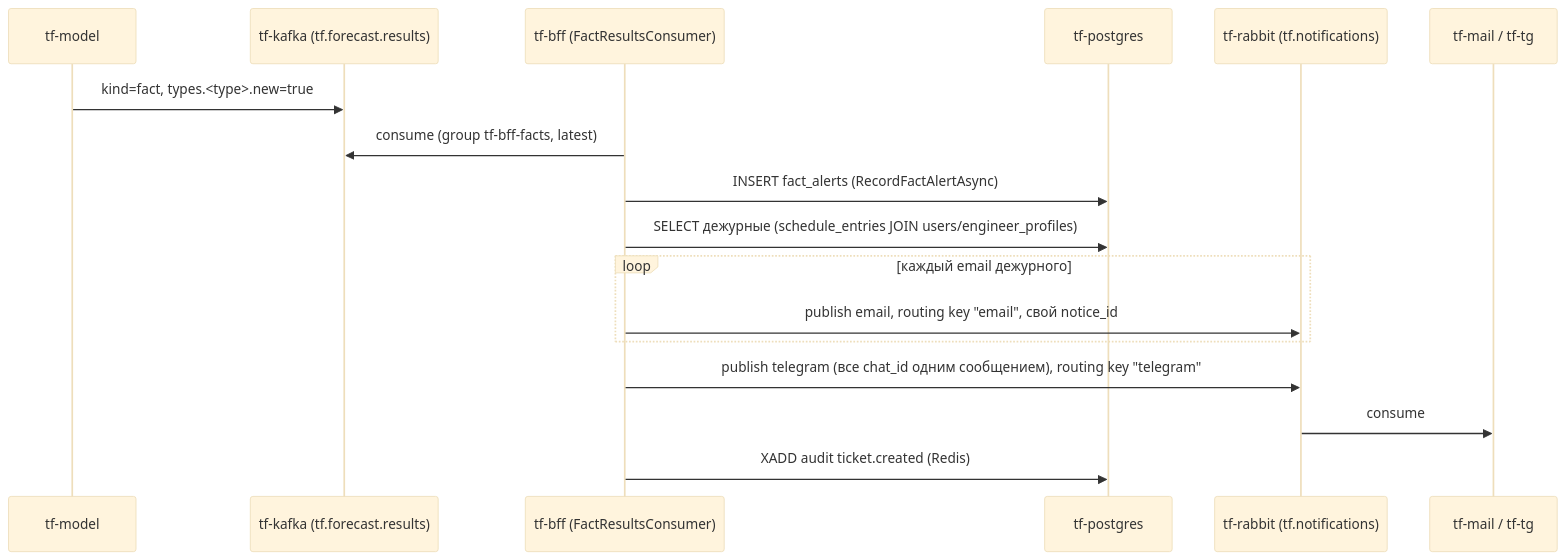
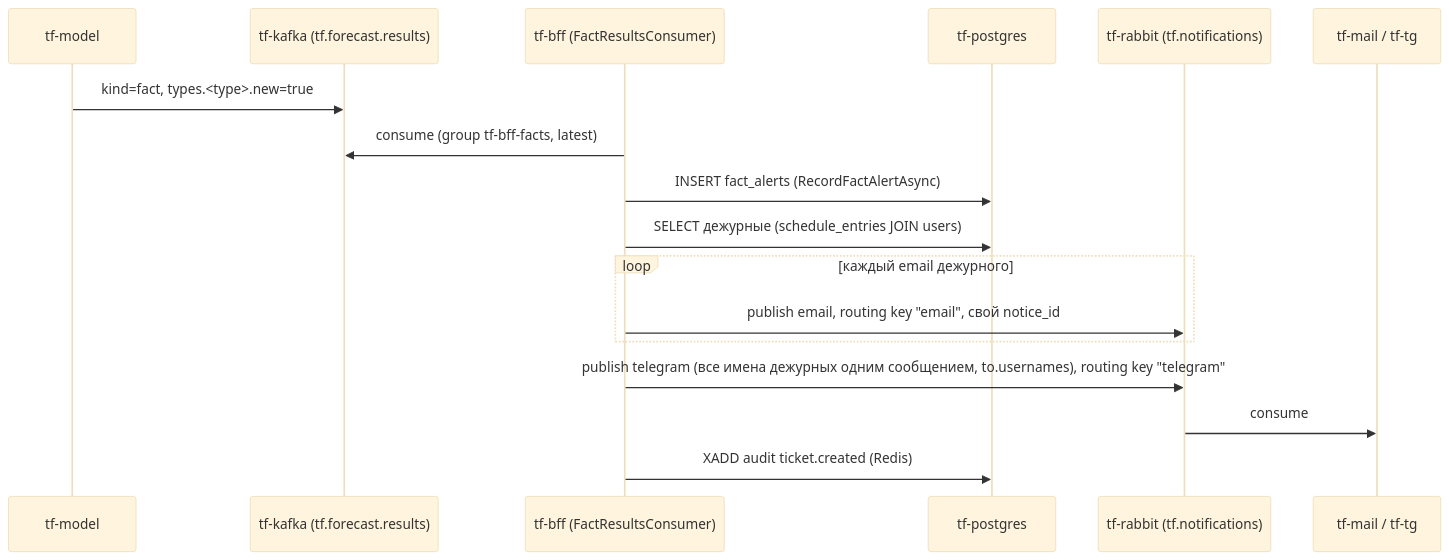
One commit to Think-Faster/think-bff changed the third of 3 diagrams in BFF/docs/system/tf-bff.md. Above: the diagram before and after it, drawn with Mermaid (base theme). The commit also changed other lines of this file and 40 other files, not shown here.

````diff
--- a/BFF/docs/system/tf-bff.md
+++ b/BFF/docs/system/tf-bff.md
@@ -60,20 +60,20 @@
 ```mermaid
 sequenceDiagram
     participant M as tf-model
     participant K as tf-kafka (tf.forecast.results)
     participant F as tf-bff (FactResultsConsumer)
     participant D as tf-postgres
     participant R as tf-rabbit (tf.notifications)
     participant Mail as tf-mail / tf-tg
 
     M->>K: kind=fact, types.<type>.new=true
     F->>K: consume (group tf-bff-facts, latest)
     F->>D: INSERT fact_alerts (RecordFactAlertAsync)
-    F->>D: SELECT дежурные (schedule_entries JOIN users/engineer_profiles)
+    F->>D: SELECT дежурные (schedule_entries JOIN users)
     loop каждый email дежурного
         F->>R: publish email, routing key "email", свой notice_id
     end
-    F->>R: publish telegram (все chat_id одним сообщением), routing key "telegram"
+    F->>R: publish telegram (все имена дежурных одним сообщением, to.usernames), routing key "telegram"
     R->>Mail: consume
     F->>D: XADD audit ticket.created (Redis)
 ```
````
